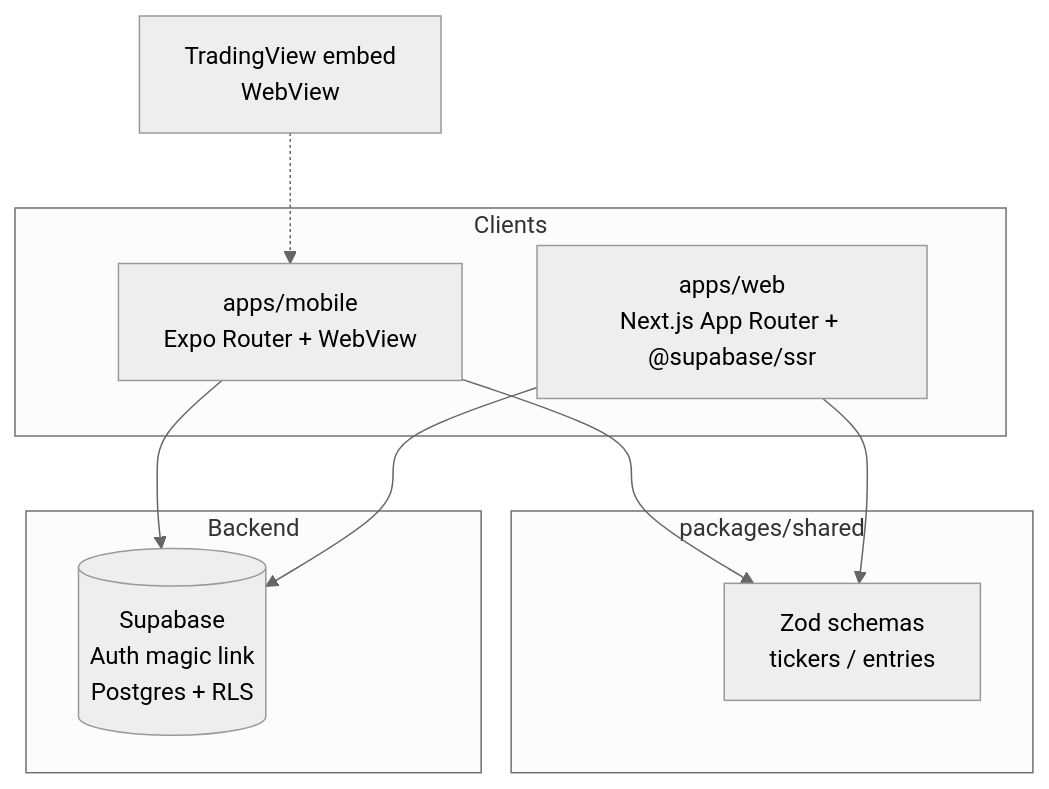
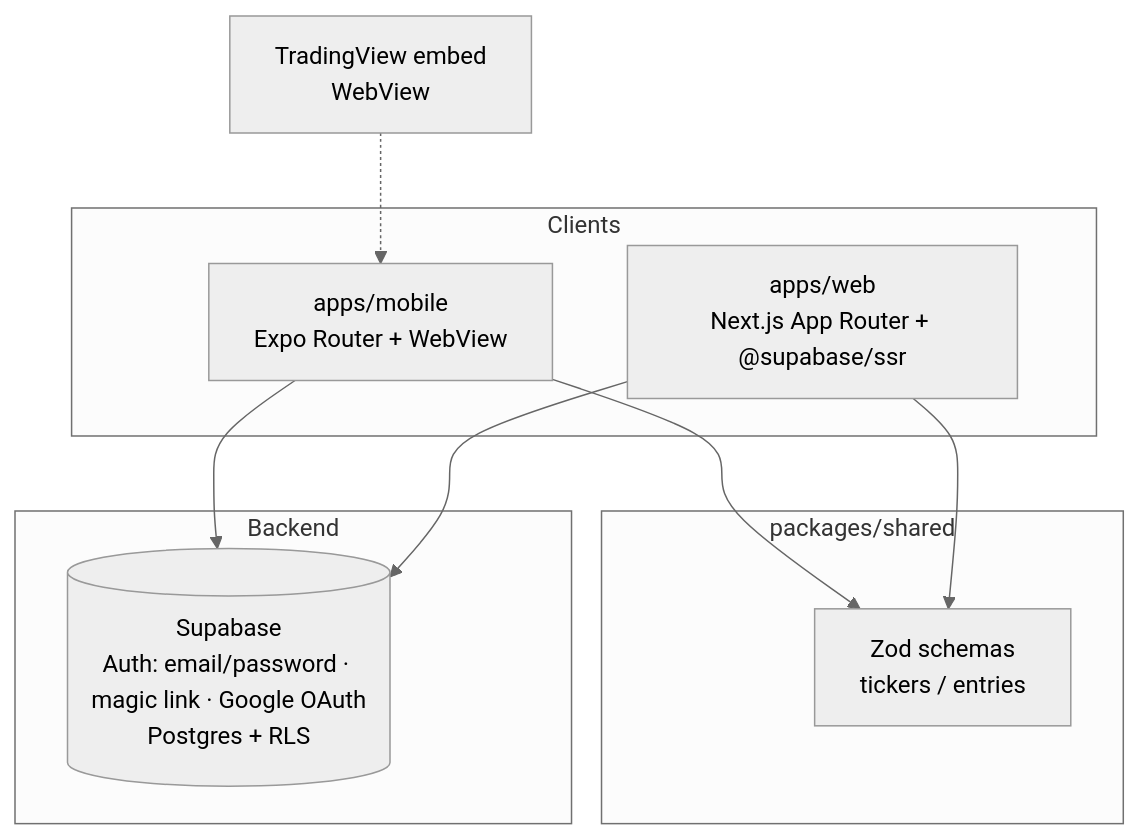
One commit to scs0209/ticker-journal changed the second of 5 diagrams in docs/portfolio.md. Above: the diagram before and after it, drawn with Mermaid (neutral theme). The commit also changed other lines of this file and 3 other files, not shown here.

````diff
--- a/docs/portfolio.md
+++ b/docs/portfolio.md
@@ -48,21 +48,21 @@
 ```mermaid
 flowchart TB
   subgraph clients [Clients]
     M[apps/mobile<br/>Expo Router + WebView]
     W[apps/web<br/>Next.js App Router + @supabase/ssr]
   end
 
   subgraph shared [packages/shared]
     Z[Zod schemas<br/>tickers / entries]
   end
 
   subgraph backend [Backend]
-    SB[(Supabase<br/>Auth magic link<br/>Postgres + RLS)]
+    SB[(Supabase<br/>Auth: email/password · magic link · Google OAuth<br/>Postgres + RLS)]
   end
 
   M --> Z
   W --> Z
   M --> SB
   W --> SB
   C[TradingView embed<br/>WebView] -.-> M
 ```
````
